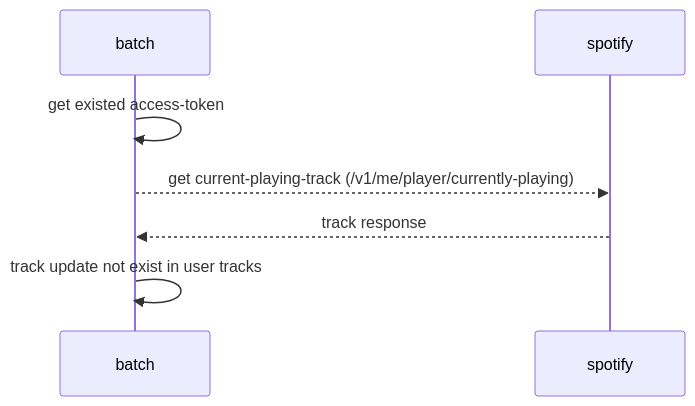
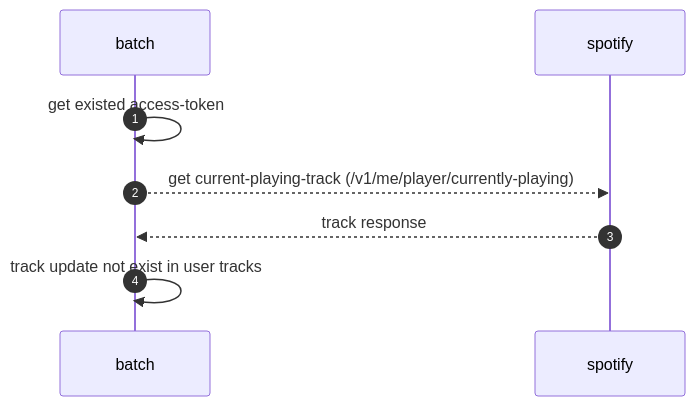
The second of 3 diagrams in README.md (songspy/songspy), drawn with Mermaid before and after one commit. The commit also changed other lines of this file, not shown here.

````diff
--- a/README.md
+++ b/README.md
@@ -38,10 +40,12 @@
 ```mermaid
 sequenceDiagram
   participant batch
   participant spotify
 
+  autonumber
+  
   batch ->> batch: get existed access-token
   batch -->> spotify: get current-playing-track (/v1/me/player/currently-playing)
-	spotify -->> batch: track response
+  spotify -->> batch: track response
   batch ->> batch: track update not exist in user tracks
 ```
````
